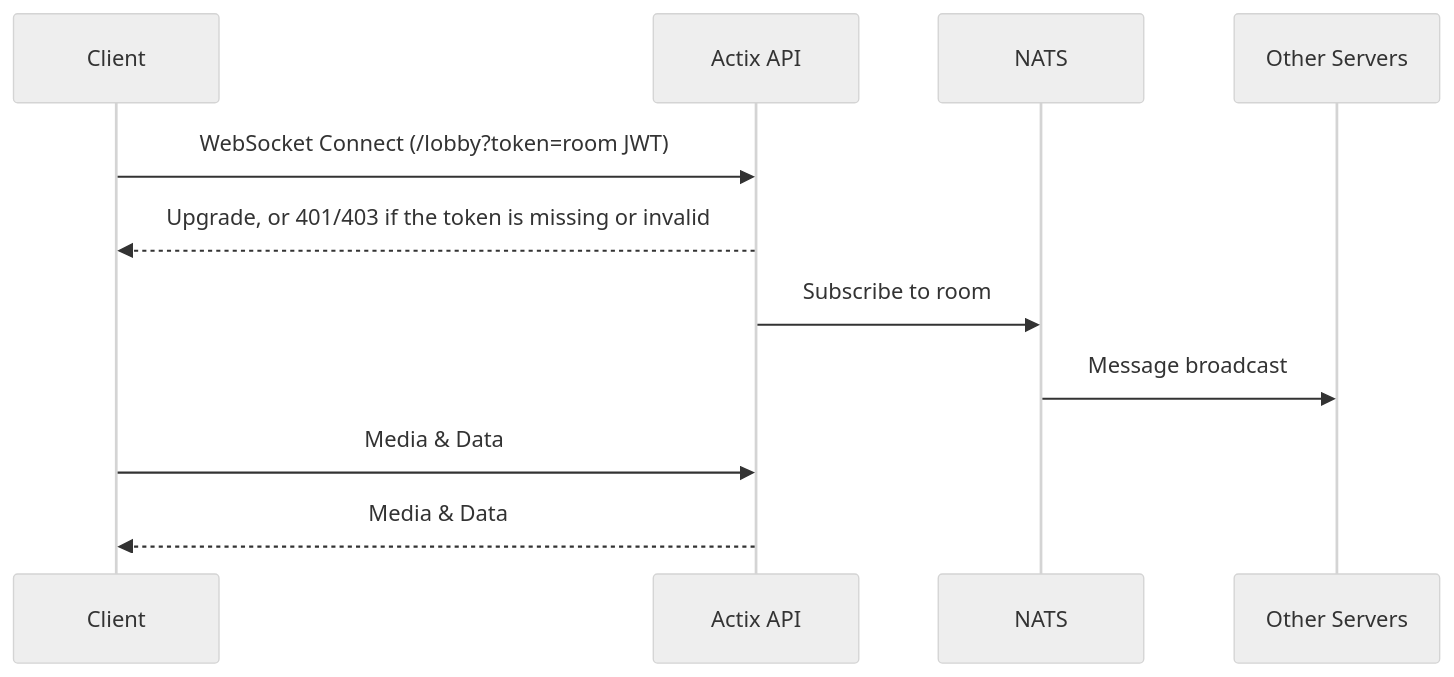
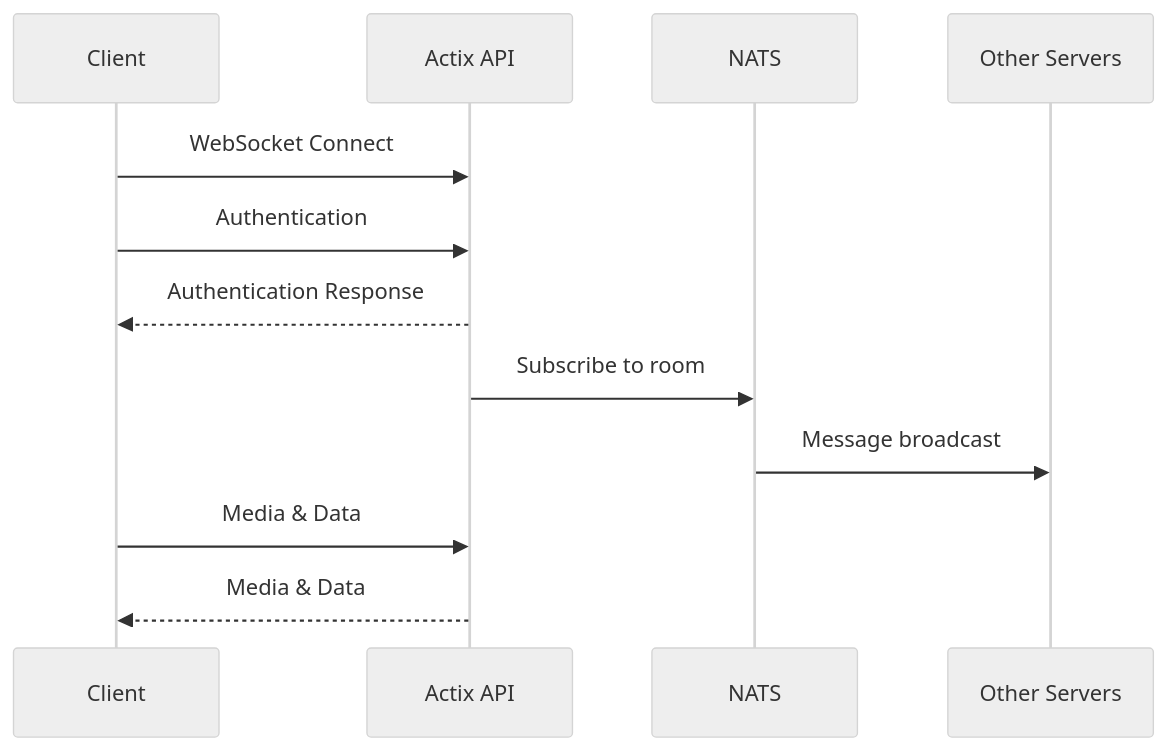
Before and after one commit to security-union/videocall-rs: the second of 7 diagrams in docs/ARCHITECTURE.md, drawn with Mermaid (neutral theme). The commit also changed other lines of this file and 107 other files, not shown here.

````diff
--- a/docs/ARCHITECTURE.md
+++ b/docs/ARCHITECTURE.md
@@ -67,14 +67,15 @@
 ```mermaid
 sequenceDiagram
     participant Client
     participant ActixAPI as Actix API
     participant NATS
     participant OtherServers as Other Servers
     
-    Client->>ActixAPI: WebSocket Connect (/lobby?token=room JWT)
-    ActixAPI-->>Client: Upgrade, or 401/403 if the token is missing or invalid
+    Client->>ActixAPI: WebSocket Connect
+    Client->>ActixAPI: Authentication
+    ActixAPI-->>Client: Authentication Response
     ActixAPI->>NATS: Subscribe to room
     NATS->>OtherServers: Message broadcast
     Client->>ActixAPI: Media & Data
     ActixAPI-->>Client: Media & Data
 ```
````
